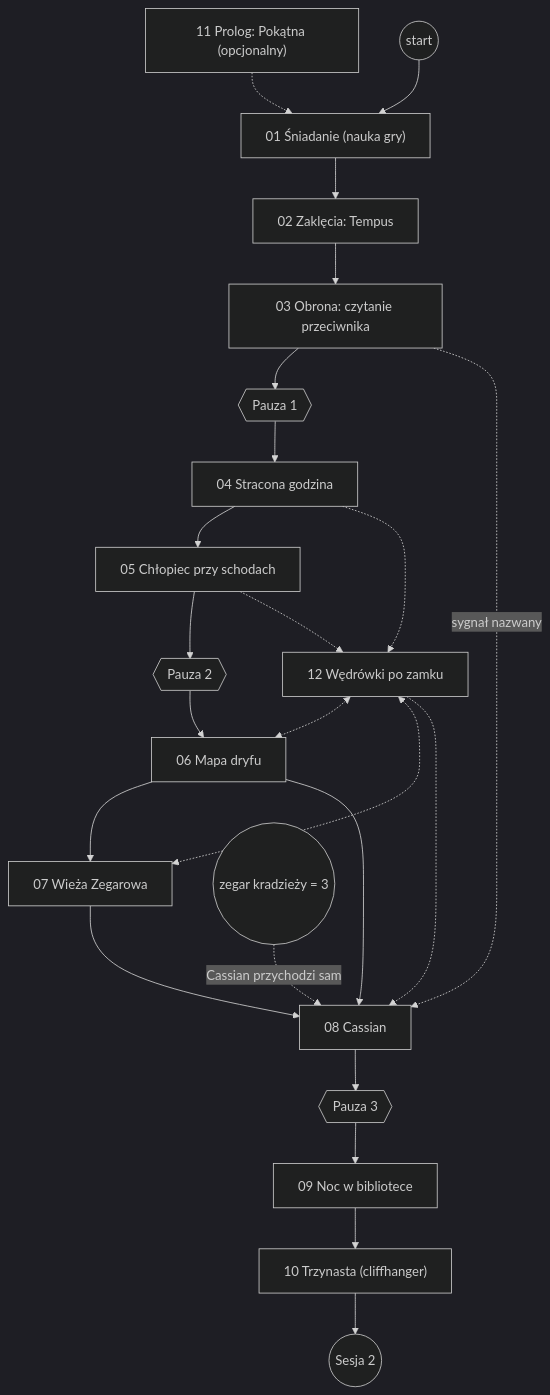
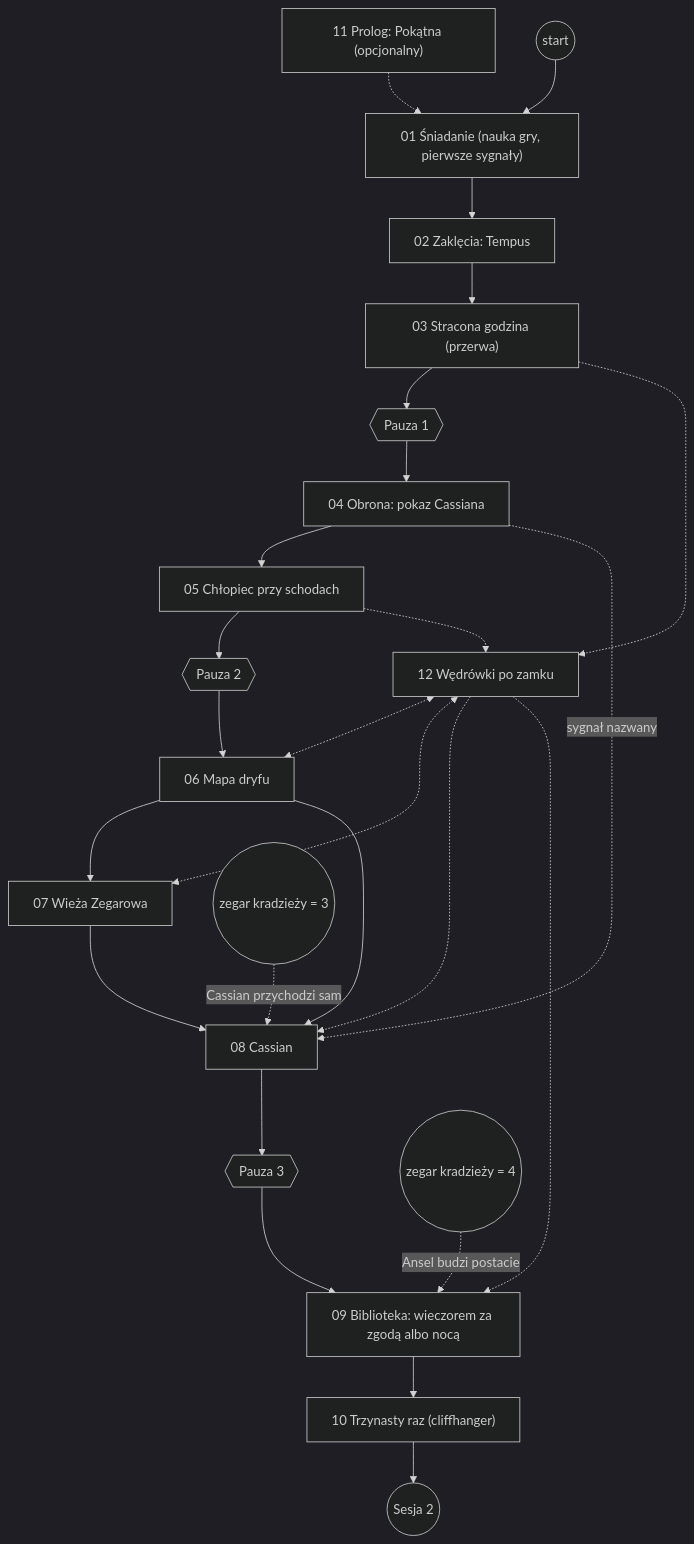
Before and after one commit to evoworld1/hp-1969-campaign: the diagram in 05_scenariusze/s1-godzina-ktorej-nie-bylo/graf-scen.md, drawn with Mermaid (dark theme). The commit also changed other lines of this file and 2 other files, not shown here.

````diff
--- a/05_scenariusze/s1-godzina-ktorej-nie-bylo/graf-scen.md
+++ b/05_scenariusze/s1-godzina-ktorej-nie-bylo/graf-scen.md
@@ -166,26 +13,28 @@
 ```mermaid
 flowchart TD
     S11["11 Prolog: Pokątna (opcjonalny)"] -.-> S01
-    START(("start")) --> S01["01 Śniadanie (nauka gry)"]
+    START(("start")) --> S01["01 Śniadanie (nauka gry, pierwsze sygnały)"]
     S01 --> S02["02 Zaklęcia: Tempus"]
-    S02 --> S03["03 Obrona: czytanie przeciwnika"]
+    S02 --> S03["03 Stracona godzina (przerwa)"]
     S03 --> P1{{"Pauza 1"}}
-    P1 --> S04["04 Stracona godzina"]
+    P1 --> S04["04 Obrona: pokaz Cassiana"]
     S04 --> S05["05 Chłopiec przy schodach"]
     S05 --> P2{{"Pauza 2"}}
     P2 --> S06["06 Mapa dryfu"]
     S06 --> S07["07 Wieża Zegarowa"]
     S06 --> S08["08 Cassian"]
     S07 --> S08
-    S03 -. "sygnał nazwany" .-> S08
+    S04 -. "sygnał nazwany" .-> S08
     ZK(("zegar kradzieży = 3")) -. "Cassian przychodzi sam" .-> S08
     S08 --> P3{{"Pauza 3"}}
-    P3 --> S09["09 Noc w bibliotece"]
-    S09 --> S10["10 Trzynasta (cliffhanger)"]
+    P3 --> S09["09 Biblioteka: wieczorem za zgodą albo nocą"]
+    ZK4(("zegar kradzieży = 4")) -. "Ansel budzi postacie" .-> S09
+    S09 --> S10["10 Trzynasty raz (cliffhanger)"]
     S10 --> S2(("Sesja 2"))
     S12["12 Wędrówki po zamku"] <-.-> S06
     S12 <-.-> S07
-    S04 -.-> S12
+    S03 -.-> S12
     S05 -.-> S12
     S12 -.-> S08
+    S12 -.-> S09
 ```
````
